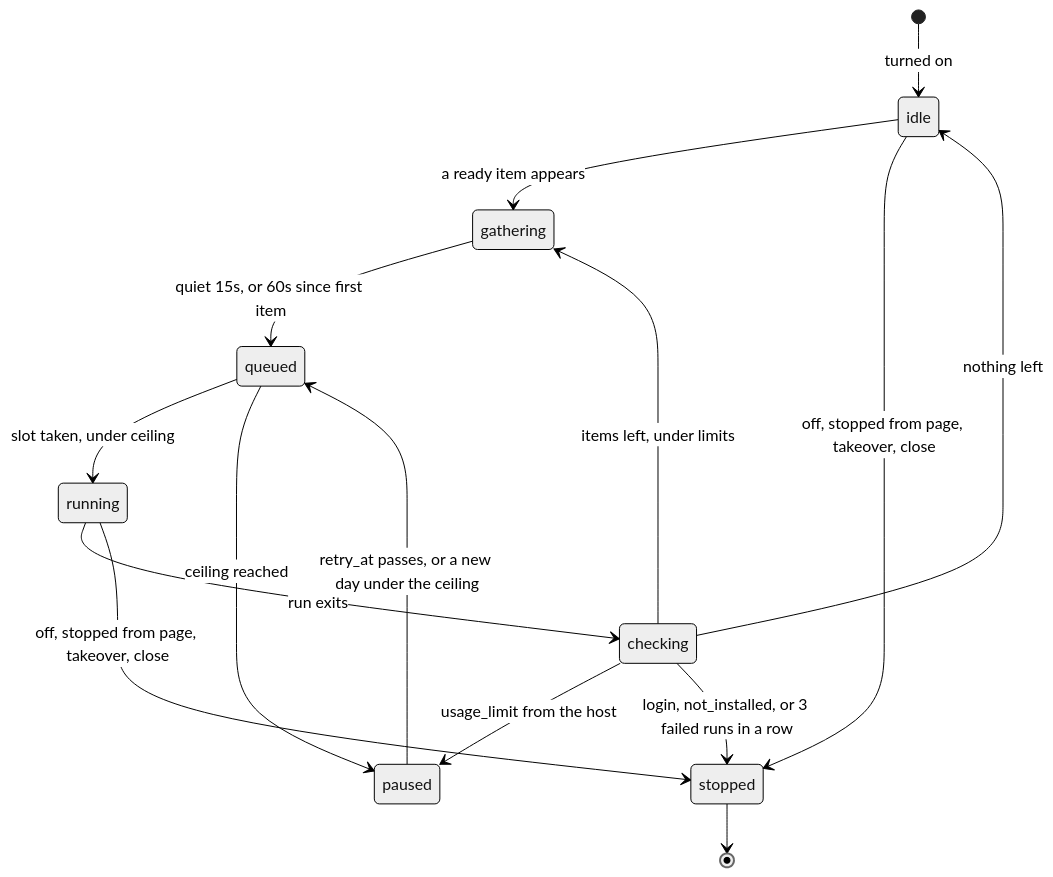
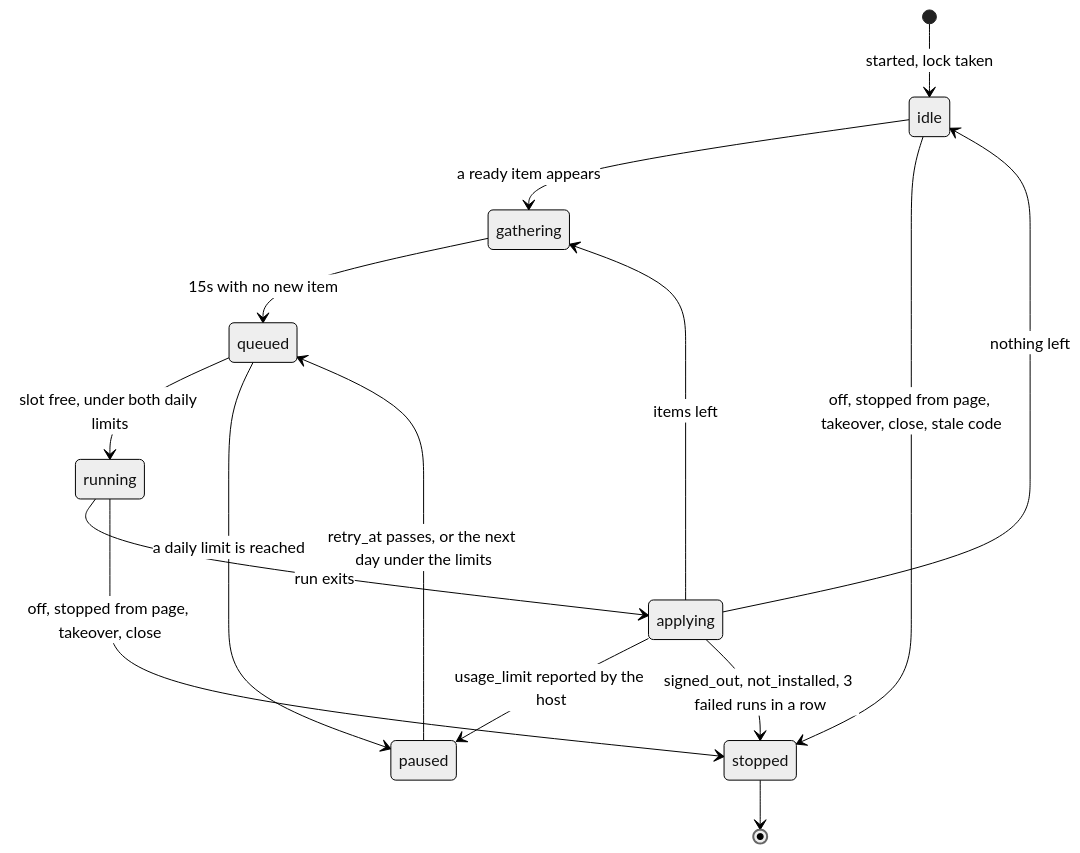
The fourth of 6 diagrams in docs/features/20260929.01_lahe_agent_sdk/02_architecture_lahe_agent_sdk.md (kenxle/live-agentic-html-editor), drawn with Mermaid (neutral theme) before and after one commit. The commit also changed other lines of this file and 1 other file, not shown here.

````diff
--- a/docs/features/20260929.01_lahe_agent_sdk/02_architecture_lahe_agent_sdk.md
+++ b/docs/features/20260929.01_lahe_agent_sdk/02_architecture_lahe_agent_sdk.md
@@ -230,17 +312,17 @@
 ```mermaid
 stateDiagram-v2
-  [*] --> idle : turned on
+  [*] --> idle : started, lock taken
   idle --> gathering : a ready item appears
-  gathering --> queued : quiet 15s, or 60s since first item
-  queued --> running : slot taken, under ceiling
-  queued --> paused : ceiling reached
-  running --> checking : run exits
-  checking --> gathering : items left, under limits
-  checking --> idle : nothing left
-  checking --> paused : usage_limit from the host
-  checking --> stopped : login, not_installed, or 3 failed runs in a row
-  paused --> queued : retry_at passes, or a new day under the ceiling
-  idle --> stopped : off, stopped from page, takeover, close
+  gathering --> queued : 15s with no new item
+  queued --> running : slot free, under both daily limits
+  queued --> paused : a daily limit is reached
+  running --> applying : run exits
+  applying --> gathering : items left
+  applying --> idle : nothing left
+  applying --> paused : usage_limit reported by the host
+  applying --> stopped : signed_out, not_installed, 3 failed runs in a row
+  paused --> queued : retry_at passes, or the next day under the limits
+  idle --> stopped : off, stopped from page, takeover, close, stale code
   running --> stopped : off, stopped from page, takeover, close
   stopped --> [*]
 ```
````
